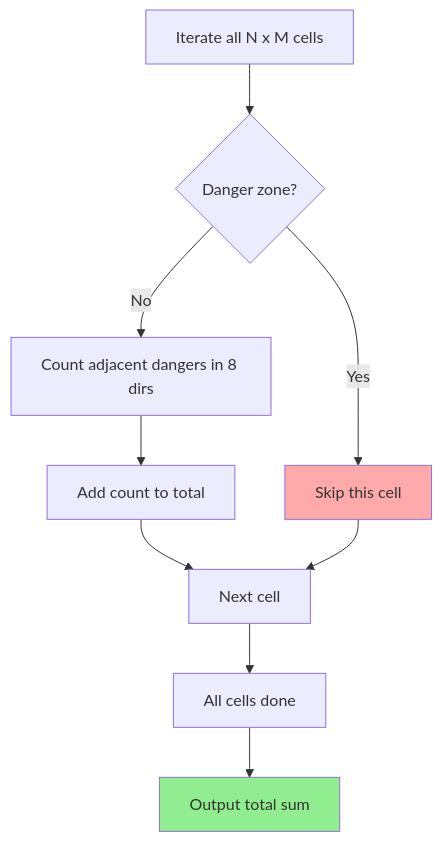
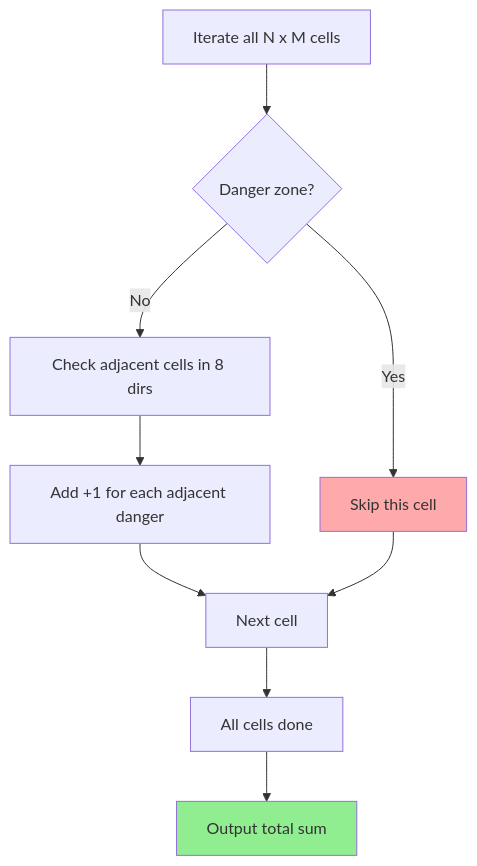
The diagram in _posts/2026-02-18-algo-practice-grid-danger-zone-detection.md (youngunghan/scitechblog), drawn with Mermaid before and after one commit. The commit also changed other lines of this file and 1 other file, not shown here.

````diff
--- a/_posts/2026-02-18-algo-practice-grid-danger-zone-detection.md
+++ b/_posts/2026-02-18-algo-practice-grid-danger-zone-detection.md
@@ -85,13 +99,13 @@
 ```mermaid
 flowchart TD
     A["Iterate all N x M cells"] --> B{"Danger zone?"}
     B -->|Yes| Skip["Skip this cell"]
-    B -->|No| C["Count adjacent dangers in 8 dirs"]
-    C --> D["Add count to total"]
+    B -->|No| C["Check adjacent cells in 8 dirs"]
+    C --> D["Add +1 for each adjacent danger"]
     D --> E["Next cell"]
     Skip --> E
     E --> F["All cells done"]
     F --> G["Output total sum"]
     style G fill:#90EE90
     style Skip fill:#ffaaaa
 ```
````
